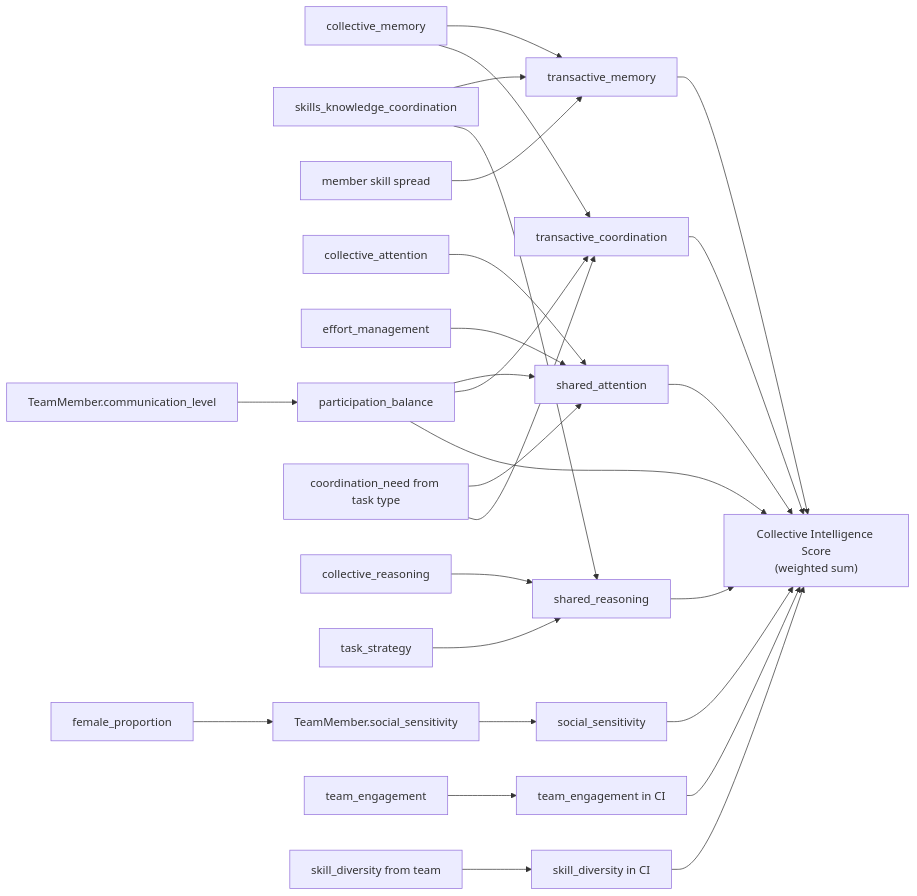
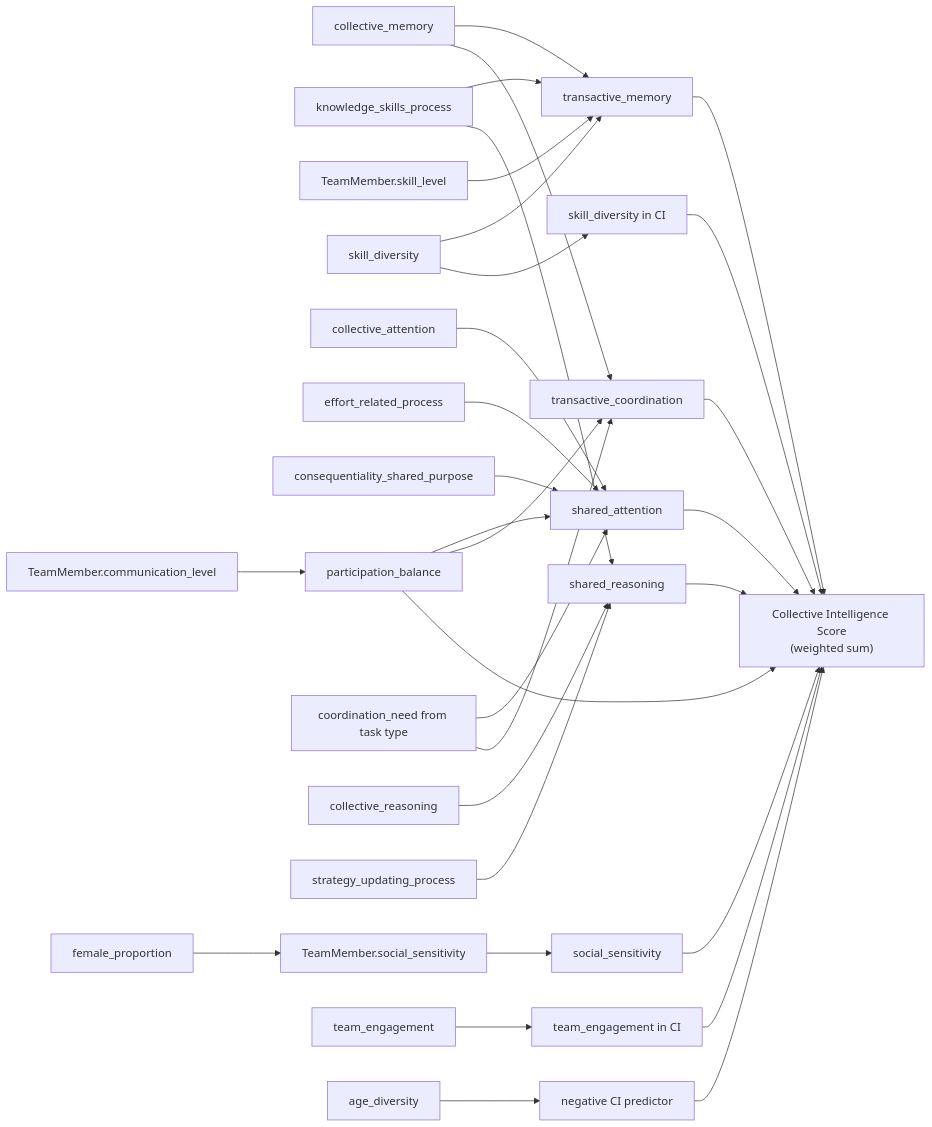
One commit to arslansultandogar/agile-simulator changed the diagram in docs/diagrams/04_collective_intelligence.mmd. Above: the diagram before and after it, drawn with Mermaid. The commit also changed 16 other files, not shown here.

```diff
--- a/docs/diagrams/04_collective_intelligence.mmd
+++ b/docs/diagrams/04_collective_intelligence.mmd
@@ -1,33 +1,37 @@
 flowchart LR
     CM[collective_memory] --> TM[transactive_memory]
-    SKC[skills_knowledge_coordination] --> TM
-    TMskills[member skill spread] --> TM
+    SKC[knowledge_skills_process] --> TM
+    IndividualSkill[TeamMember.skill_level] --> TM
+    SkillDiversity[skill_diversity] --> TM
 
     CA[collective_attention] --> SA[shared_attention]
-    EM[effort_management] --> SA
+    EM[effort_related_process] --> SA
+    Conseq[consequentiality_shared_purpose] --> SA
     PB --> SA
     CN[coordination_need from task type] --> SA
 
     CR[collective_reasoning] --> SR[shared_reasoning]
-    TS[task_strategy] --> SR
+    TS[strategy_updating_process] --> SR
     SKC --> SR
 
     TMmembers[TeamMember.social_sensitivity] --> SS[social_sensitivity]
     FP[female_proportion] --> TMmembers
 
     TMcomm[TeamMember.communication_level] --> PB[participation_balance]
     CM --> TC[transactive_coordination]
     CN --> TC
     PB --> TC
 
     TEB[team_engagement] --> TE[team_engagement in CI]
-    SD[skill_diversity from team] --> SDout[skill_diversity in CI]
+    SkillDiversity --> SDout[skill_diversity in CI]
+    AgeDiversity[age_diversity] --> AgePenalty[negative CI predictor]
 
     TM --> CI["Collective Intelligence Score<br/>(weighted sum)"]
     SA --> CI
     SR --> CI
     SS --> CI
     PB --> CI
     TC --> CI
     TE --> CI
     SDout --> CI
+    AgePenalty --> CI
```
